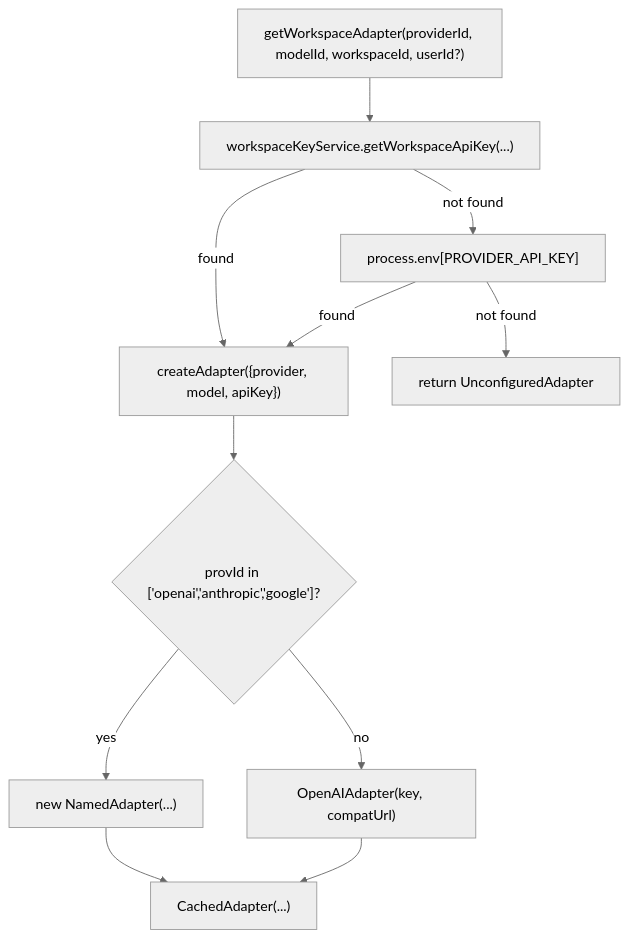
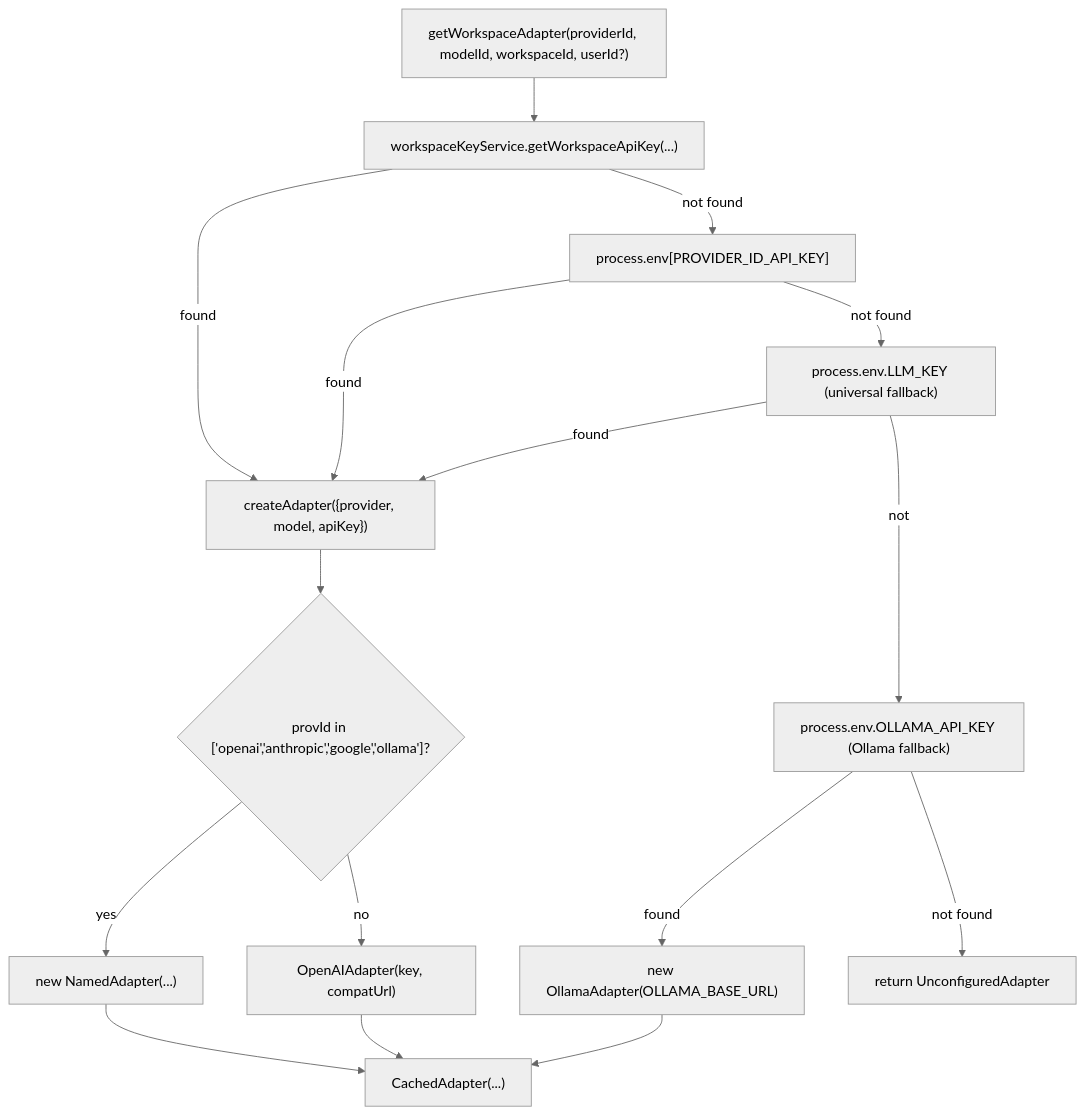
The eighth of 11 diagrams in .qoder/repowiki/en/content/AI Generation Engine/AI Provider Adapters/AI Provider Adapters.md (shekhargiri005-dotcom/AI-powered-accessibility-first-UI-engine), drawn with Mermaid (neutral theme) before and after one commit. The commit also changed other lines of this file and 10 other files, not shown here.

````diff
--- a/.qoder/repowiki/en/content/AI Generation Engine/AI Provider Adapters/AI Provider Adapters.md
+++ b/.qoder/repowiki/en/content/AI Generation Engine/AI Provider Adapters/AI Provider Adapters.md
@@ -289,13 +363,18 @@
 ```mermaid
 flowchart TD
 A["getWorkspaceAdapter(providerId, modelId, workspaceId, userId?)"] --> B["workspaceKeyService.getWorkspaceApiKey(...)"]
 B --> |found| C["createAdapter({provider, model, apiKey})"]
-B --> |not found| D["process.env[PROVIDER_API_KEY]"]
+B --> |not found| D["process.env[PROVIDER_ID_API_KEY]"]
 D --> |found| C
-D --> |not found| E["return UnconfiguredAdapter"]
-C --> F{"provId in ['openai','anthropic','google']?"}
-F --> |yes| G["new NamedAdapter(...)"]
-F --> |no| H["OpenAIAdapter(key, compatUrl)"]
-G --> I["CachedAdapter(...)"]
-H --> I
+D --> |not found| E["process.env.LLM_KEY (universal fallback)"]
+E --> |found| C
+E --> |not | F["process.env.OLLAMA_API_KEY (Ollama fallback)"]
+F --> |found| G["new OllamaAdapter(OLLAMA_BASE_URL)"]
+F --> |not found| H["return UnconfiguredAdapter"]
+C --> I{"provId in ['openai','anthropic','google','ollama']?"}
+I --> |yes| J["new NamedAdapter(...)"]
+I --> |no| K["OpenAIAdapter(key, compatUrl)"]
+J --> L["CachedAdapter(...)"]
+K --> L
+G --> L
 ```
````
